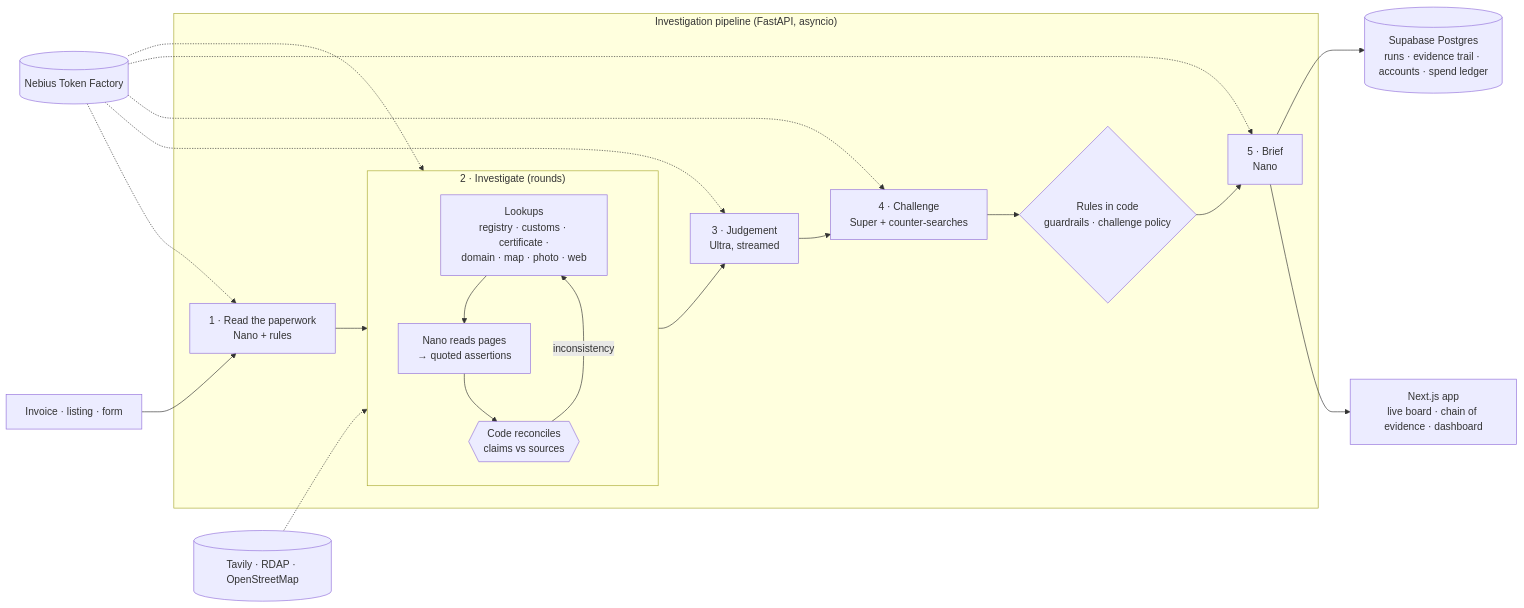
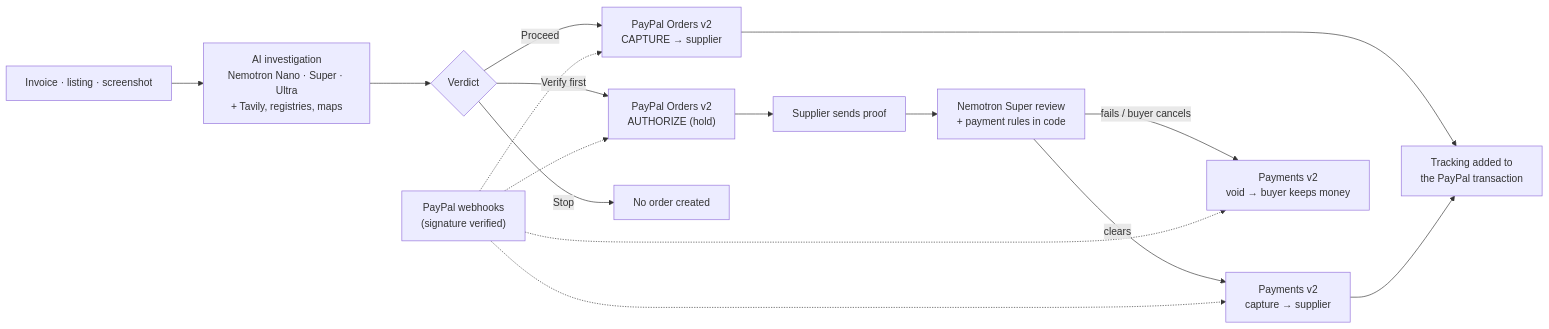
One commit to SA-Naqvi/ProofBeforePay changed the first of 2 diagrams in README.md. Above: the diagram before and after it, drawn with Mermaid. The commit also changed other lines of this file and 79 other files, not shown here.

````diff
--- a/README.md
+++ b/README.md
@@ -90,25 +161,14 @@
 ```mermaid
 flowchart LR
-    M["Invoice · listing · form"] --> I
-
-    subgraph P["Investigation pipeline (FastAPI, asyncio)"]
-        I["1 · Read the paperwork<br/>Nano + rules"] --> L
-
-        subgraph L["2 · Investigate (rounds)"]
-            direction TB
-            T["Lookups<br/>registry · customs · certificate ·<br/>domain · map · photo · web"] --> O["Nano reads pages<br/>→ quoted assertions"]
-            O --> R{{"Code reconciles<br/>claims vs sources"}}
-            R -- inconsistency --> T
-        end
-
-        L --> J["3 · Judgement<br/>Ultra, streamed"]
-        J --> C["4 · Challenge<br/>Super + counter-searches"]
-        C --> G{"Rules in code<br/>guardrails · challenge policy"}
-        G --> B["5 · Brief<br/>Nano"]
-    end
-
-    B --> UI["Next.js app<br/>live board · chain of evidence · dashboard"]
-    B --> DB[("Supabase Postgres<br/>runs · evidence trail · accounts · spend ledger")]
-    TF[("Nebius Token Factory")] -.-> I & O & J & C & B
-    TV[("Tavily · RDAP · OpenStreetMap")] -.-> T
+    P["Invoice · listing · screenshot"] --> I["AI investigation<br/>Nemotron Nano · Super · Ultra<br/>+ Tavily, registries, maps"]
+    I --> V{"Verdict"}
+    V -- Proceed --> C["PayPal Orders v2<br/>CAPTURE → supplier"]
+    V -- "Verify first" --> A["PayPal Orders v2<br/>AUTHORIZE (hold)"]
+    V -- Stop --> X["No order created"]
+    A --> R["Supplier sends proof"]
+    R --> Q["Nemotron Super review<br/>+ payment rules in code"]
+    Q -- clears --> CAP["Payments v2<br/>capture → supplier"]
+    Q -- "fails / buyer cancels" --> VOID["Payments v2<br/>void → buyer keeps money"]
+    C & CAP --> T["Tracking added to<br/>the PayPal transaction"]
+    W["PayPal webhooks<br/>(signature verified)"] -.-> C & A & CAP & VOID
 ```
````
